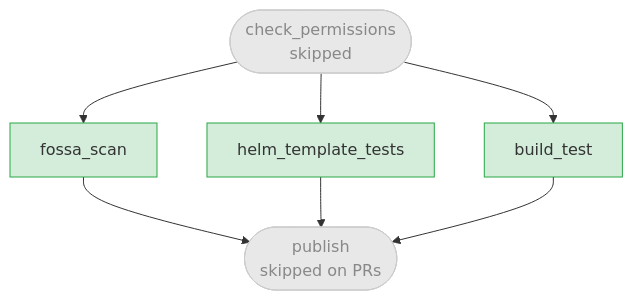
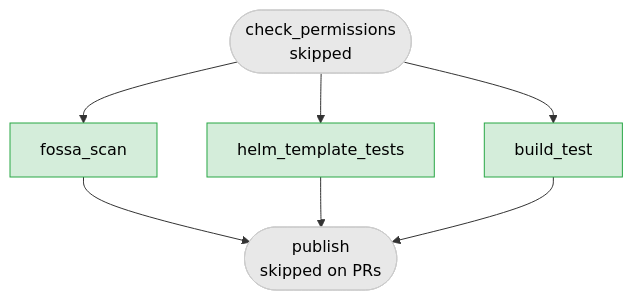
The first of 2 diagrams in RELEASE_PROCESS.md (SolaceProducts/pubsubplus-kubernetes-helm-quickstart), drawn with Mermaid before and after one commit. The commit also changed other lines of this file, not shown here.

Commit message:
Use Mermaid diagrams with black text in RELEASE_PROCESS.md

````diff
--- a/RELEASE_PROCESS.md
+++ b/RELEASE_PROCESS.md
@@ -19,15 +19,15 @@
 ```mermaid
 flowchart TD
     A([check_permissions\nskipped]) --> B[fossa_scan]
     A --> C[helm_template_tests]
     A --> D[build_test]
     B --> E([publish\nskipped on PRs])
     C --> E
     D --> E
 
-    style A fill:#e8e8e8,color:#888,stroke:#ccc
-    style E fill:#e8e8e8,color:#888,stroke:#ccc
-    style B fill:#d4edda,stroke:#28a745
-    style C fill:#d4edda,stroke:#28a745
-    style D fill:#d4edda,stroke:#28a745
+    style A fill:#e8e8e8,color:#000,stroke:#ccc
+    style E fill:#e8e8e8,color:#000,stroke:#ccc
+    style B fill:#d4edda,color:#000,stroke:#28a745
+    style C fill:#d4edda,color:#000,stroke:#28a745
+    style D fill:#d4edda,color:#000,stroke:#28a745
 ```
````
